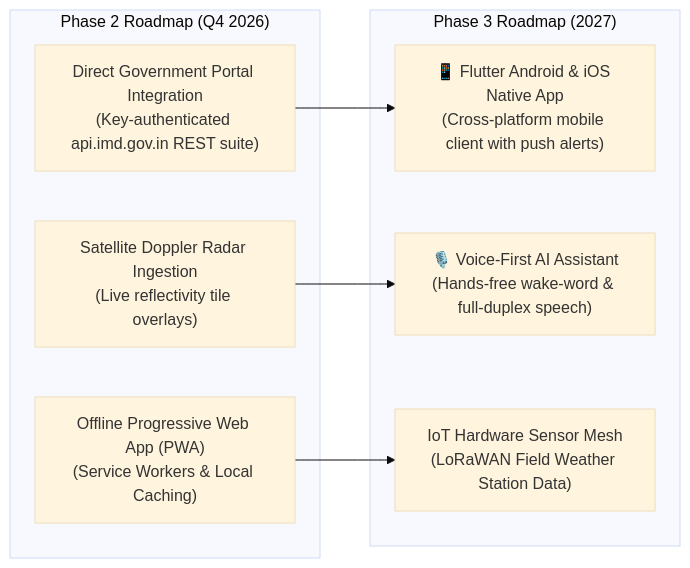
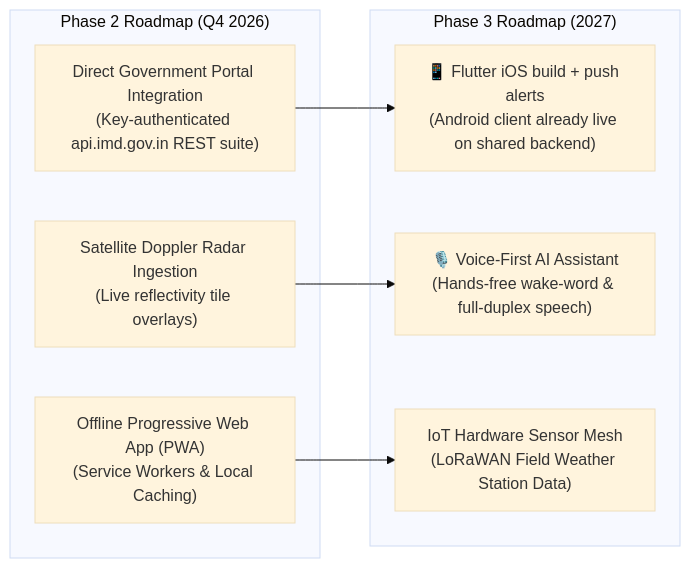
Before and after one commit to omsenjalia/weathergpt: the seventh of 7 diagrams in frontend/Architecture.md, drawn with Mermaid (base theme). The commit also changed other lines of this file and 22 other files, not shown here.

````diff
--- a/frontend/Architecture.md
+++ b/frontend/Architecture.md
@@ -563,18 +705,18 @@
 ```mermaid
 graph LR
     subgraph "Phase 2 Roadmap (Q4 2026)"
         R1["Direct Government Portal Integration<br/>(Key-authenticated api.imd.gov.in REST suite)"]
         R2["Satellite Doppler Radar Ingestion<br/>(Live reflectivity tile overlays)"]
         R3["Offline Progressive Web App (PWA)<br/>(Service Workers & Local Caching)"]
     end
 
     subgraph "Phase 3 Roadmap (2027)"
-        R4["📱 Flutter Android & iOS Native App<br/>(Cross-platform mobile client with push alerts)"]
+        R4["📱 Flutter iOS build + push alerts<br/>(Android client already live on shared backend)"]
         R5["🎙️ Voice-First AI Assistant<br/>(Hands-free wake-word & full-duplex speech)"]
         R6["IoT Hardware Sensor Mesh<br/>(LoRaWAN Field Weather Station Data)"]
     end
 
     R1 --> R4
     R2 --> R5
     R3 --> R6
 ```
````
